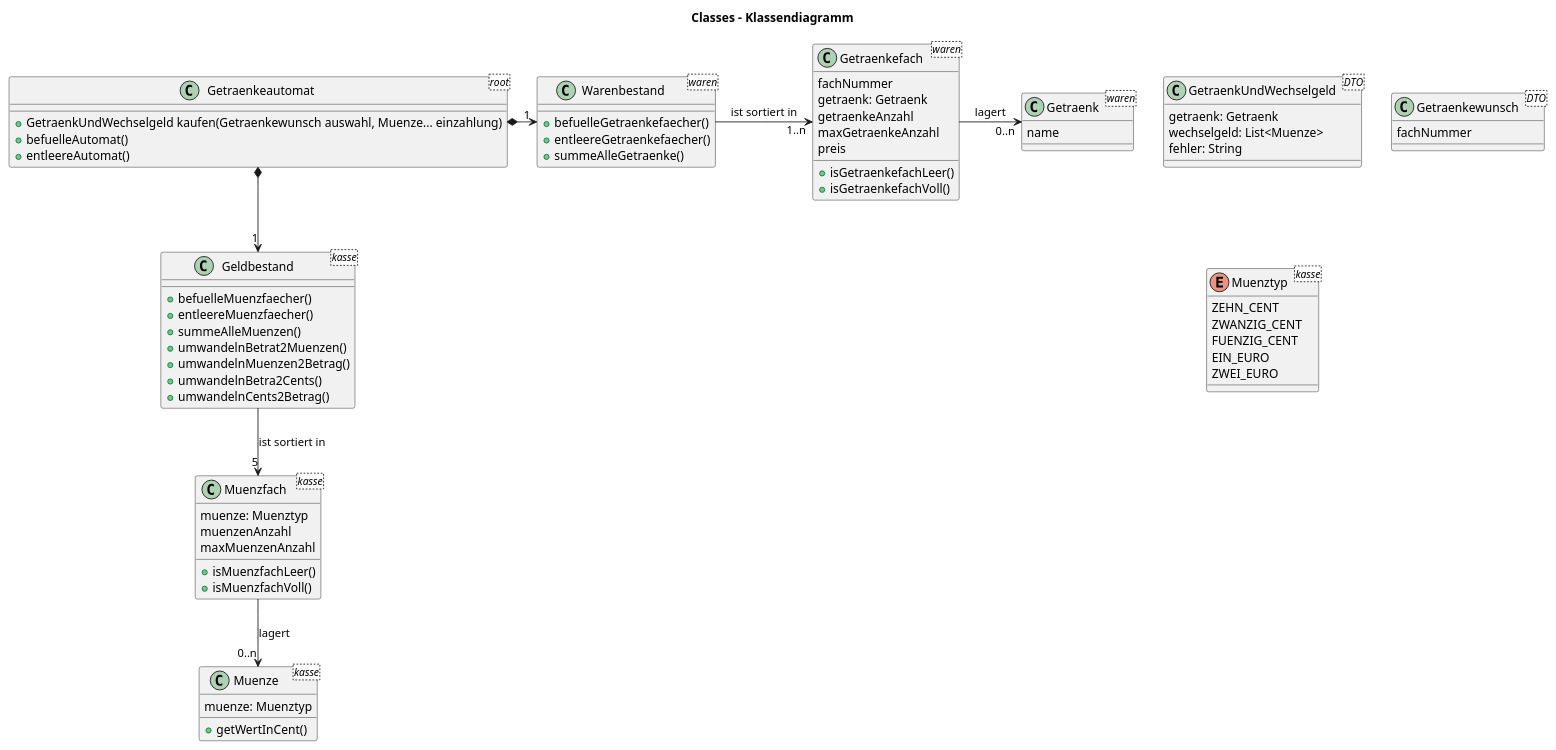
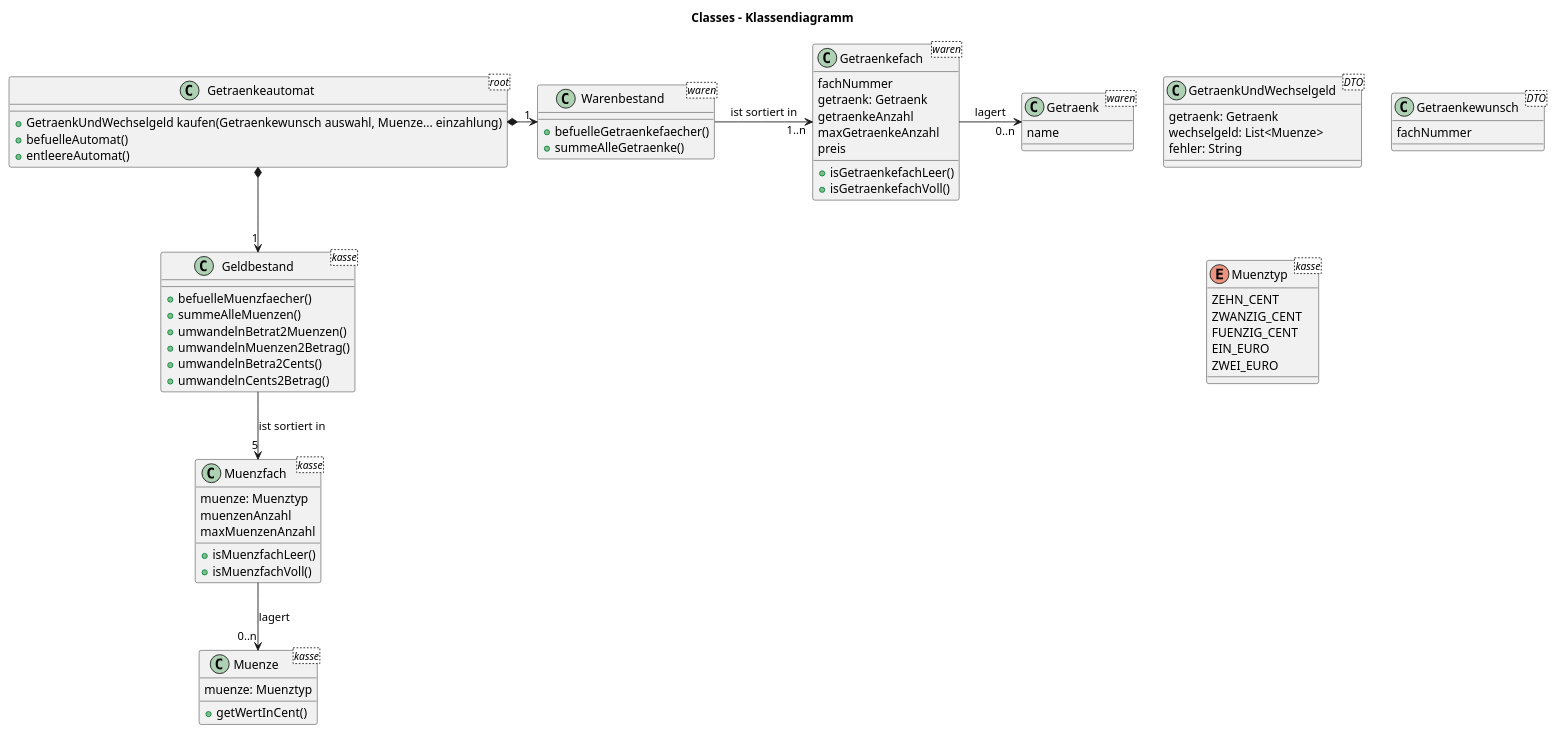
Before and after one commit to robertodefreitas/Getraenkeautomat.2022-02-09: the diagram in uml-Klassendiagramm.puml, drawn with PlantUML. The commit also changed 3 other files, not shown here.

```diff
--- a/uml-Klassendiagramm.puml
+++ b/uml-Klassendiagramm.puml
@@ -1,101 +1,99 @@
 @startuml
 'https://plantuml.com/class-diagram
 title Classes - Klassendiagramm
 
 class Getraenkeautomat <root> {
 +GetraenkUndWechselgeld kaufen(Getraenkewunsch auswahl, Muenze... einzahlung)
 +befuelleAutomat()
 +entleereAutomat()
 }
 
 
 'WAREN
 
 class Warenbestand <waren> {
 +befuelleGetraenkefaecher()
-+entleereGetraenkefaecher()
 +summeAlleGetraenke()
 }
 
 class Getraenkefach <waren> {
 fachNummer
 getraenk: Getraenk
 getraenkeAnzahl
 maxGetraenkeAnzahl
 preis
 +isGetraenkefachLeer()
 +isGetraenkefachVoll()
 }
 
 class Getraenk <waren> {
 name
 }
 
 
 'KASSE
 
 class Geldbestand <kasse> {
 +befuelleMuenzfaecher()
-+entleereMuenzfaecher()
 +summeAlleMuenzen()
 +umwandelnBetrat2Muenzen()
 +umwandelnMuenzen2Betrag()
 +umwandelnBetra2Cents()
 +umwandelnCents2Betrag()
 }
 
 class Muenzfach <kasse> {
 muenze: Muenztyp
 muenzenAnzahl
 maxMuenzenAnzahl
 +isMuenzfachLeer()
 +isMuenzfachVoll()
 }
 
 class Muenze <kasse> {
 muenze: Muenztyp
 +getWertInCent()
 }
 
 
 'OHNE_BEZIEHUNG
 
 class GetraenkUndWechselgeld <DTO> {
 getraenk: Getraenk
 wechselgeld: List<Muenze>
 fehler: String
 }
 
 class Getraenkewunsch <DTO> {
 fachNummer
 }
 
 enum Muenztyp <kasse> {
 ZEHN_CENT
 ZWANZIG_CENT
 FUENZIG_CENT
 EIN_EURO
 ZWEI_EURO
 }
 
 
 'BEZIEHUNGEN
 'https://info-wsf.de/assoziation-aggregation-und-komposition/
 'https://www.geeksforgeeks.org/association-composition-aggregation-java/
 'Komposition
 'Class --* Composition
 'Aggregation
 'Class --o Aggregation
 'Assoziation
 'Class --> Association
 'Class --|> Extension
 
 Getraenkeautomat *-> "1" Warenbestand
 Warenbestand -> "1..n" Getraenkefach : ist sortiert in
 Getraenkefach -> "0..n" Getraenk : lagert
 
 Getraenkeautomat *--> "1" Geldbestand
 Geldbestand --> "5" Muenzfach : ist sortiert in
 Muenzfach --> "0..n" Muenze : lagert
 
 @enduml
```
